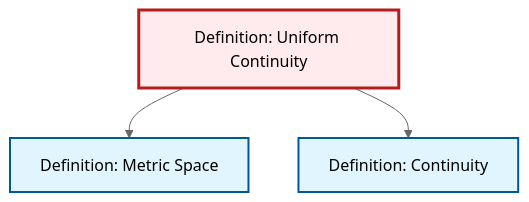
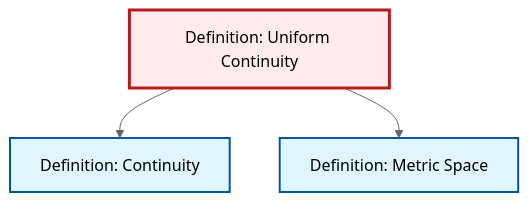
Before and after one commit to RK0429/ModernMath: the diagram in content/en/analysis/def-uniform-continuity.qmd, drawn with Mermaid (neutral theme). The commit also changed other lines of this file and 615 other files, not shown here.

````diff
--- a/content/en/analysis/def-uniform-continuity.qmd
+++ b/content/en/analysis/def-uniform-continuity.qmd
@@ -67,17 +67,17 @@
 ```{mermaid}
 %%| fig-cap: "Local dependency graph"
 graph TD
     classDef definition fill:#e1f5fe,stroke:#01579b,stroke-width:2px
     classDef theorem fill:#f3e5f5,stroke:#4a148c,stroke-width:2px
     classDef axiom fill:#fff3e0,stroke:#e65100,stroke-width:2px
     classDef example fill:#e8f5e9,stroke:#1b5e20,stroke-width:2px
     classDef current fill:#ffebee,stroke:#b71c1c,stroke-width:3px
+    def-continuity["Definition: Continuity"]:::definition
     def-metric-space["Definition: Metric Space"]:::definition
     def-uniform-continuity["Definition: Uniform Continuity"]:::definition
-    def-continuity["Definition: Continuity"]:::definition
+    def-uniform-continuity --> def-continuity
     def-uniform-continuity --> def-metric-space
-    def-uniform-continuity --> def-continuity
     class def-uniform-continuity current
+    click def-continuity "def-continuity.html" "Go to Continuity definition"
     click def-metric-space "def-metric-space.html" "Go to Metric Space definition"
-    click def-continuity "def-continuity.html" "Go to Continuity definition"
 ```
````
